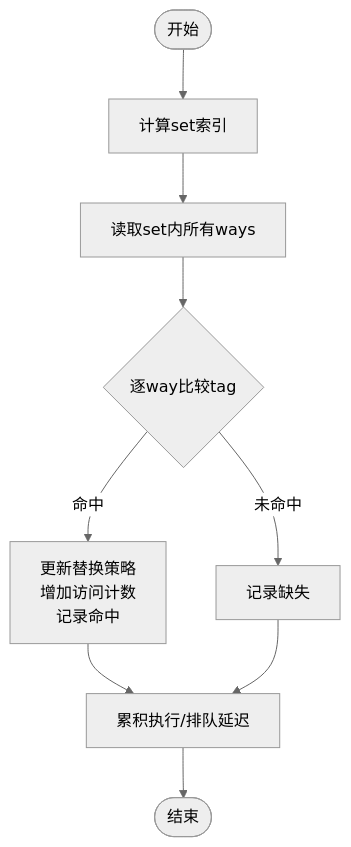
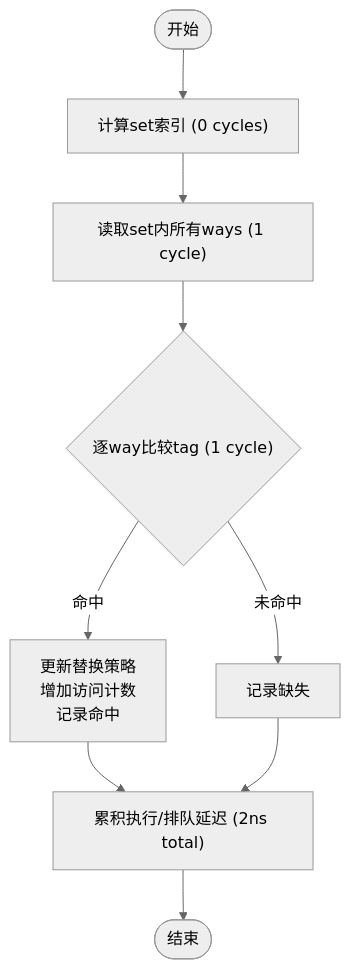
Before and after one commit to jiangjiang1122/iommu_model_20260401_v1: the fourth of 6 diagrams in .qoder/repowiki/zh/content/缓存系统/PC缓存（进程上下文缓存）.md, drawn with Mermaid (neutral theme). The commit also changed other lines of this file and 55 other files, not shown here.

````diff
--- a/.qoder/repowiki/zh/content/缓存系统/PC缓存（进程上下文缓存）.md
+++ b/.qoder/repowiki/zh/content/缓存系统/PC缓存（进程上下文缓存）.md
@@ -210,11 +211,11 @@
 ```mermaid
 flowchart TD
-Start(["开始"]) --> Hash["计算set索引"]
-Hash --> ReadSet["读取set内所有ways"]
-ReadSet --> Compare{"逐way比较tag"}
+Start(["开始"]) --> Hash["计算set索引 (0 cycles)"]
+Hash --> ReadSet["读取set内所有ways (1 cycle)"]
+ReadSet --> Compare{"逐way比较tag (1 cycle)"}
 Compare --> |命中| Hit["更新替换策略<br/>增加访问计数<br/>记录命中"]
 Compare --> |未命中| Miss["记录缺失"]
-Hit --> Latency["累积执行/排队延迟"]
+Hit --> Latency["累积执行/排队延迟 (2ns total)"]
 Miss --> Latency
 Latency --> End(["结束"])
 ```
````
